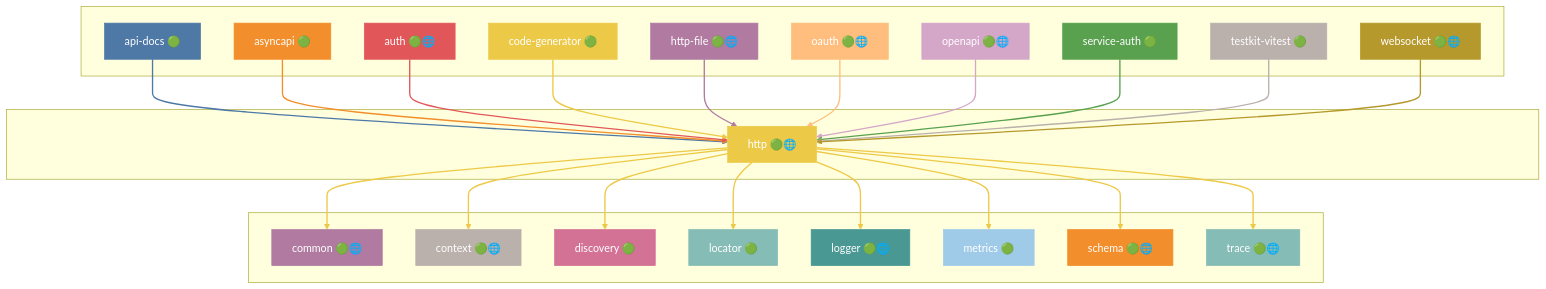
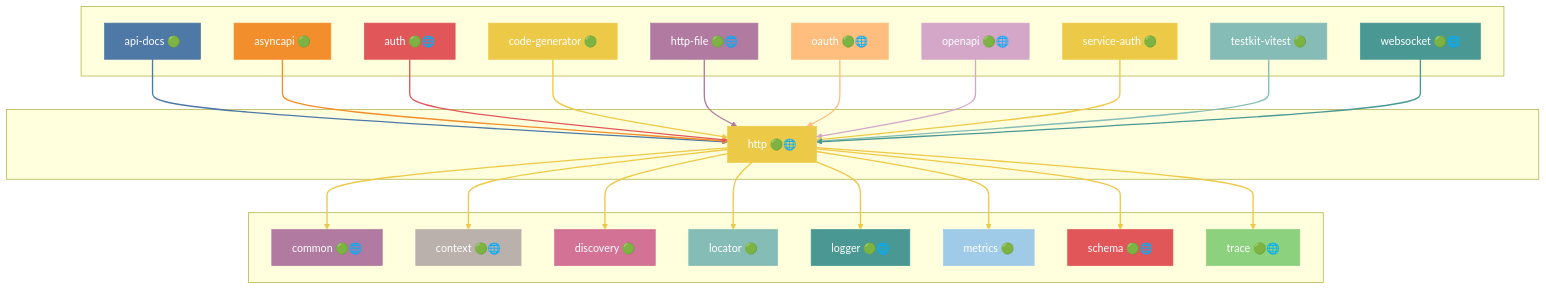
Diagram 25 of 51 in docs/DEPENDENCIES.md (grest-ts/grest-ts), drawn with Mermaid before and after one commit. The commit also changed other lines of this file and 24 other files, not shown here.

```diff
--- a/docs/DEPENDENCIES.md
+++ b/docs/DEPENDENCIES.md
@@ -1377,17 +1379,17 @@
     style http-file fill:#B07AA1,stroke:#B07AA1,color:#fff
     style oauth fill:#FFBE7D,stroke:#FFBE7D,color:#fff
     style openapi fill:#D4A6C8,stroke:#D4A6C8,color:#fff
-    style service-auth fill:#59A14F,stroke:#59A14F,color:#fff
-    style testkit-vitest fill:#BAB0AC,stroke:#BAB0AC,color:#fff
-    style websocket fill:#B6992D,stroke:#B6992D,color:#fff
+    style service-auth fill:#EDC948,stroke:#EDC948,color:#fff
+    style testkit-vitest fill:#86BCB6,stroke:#86BCB6,color:#fff
+    style websocket fill:#499894,stroke:#499894,color:#fff
     style common fill:#B07AA1,stroke:#B07AA1,color:#fff
     style context fill:#BAB0AC,stroke:#BAB0AC,color:#fff
     style discovery fill:#D37295,stroke:#D37295,color:#fff
     style locator fill:#86BCB6,stroke:#86BCB6,color:#fff
     style logger fill:#499894,stroke:#499894,color:#fff
     style metrics fill:#A0CBE8,stroke:#A0CBE8,color:#fff
-    style schema fill:#F28E2B,stroke:#F28E2B,color:#fff
-    style trace fill:#86BCB6,stroke:#86BCB6,color:#fff
+    style schema fill:#E15759,stroke:#E15759,color:#fff
+    style trace fill:#8CD17D,stroke:#8CD17D,color:#fff
     linkStyle 0 stroke:#4E79A7,stroke-width:2px
     linkStyle 1 stroke:#F28E2B,stroke-width:2px
     linkStyle 2 stroke:#E15759,stroke-width:2px
@@ -1395,9 +1397,9 @@
     linkStyle 4 stroke:#B07AA1,stroke-width:2px
     linkStyle 5 stroke:#FFBE7D,stroke-width:2px
     linkStyle 6 stroke:#D4A6C8,stroke-width:2px
-    linkStyle 7 stroke:#59A14F,stroke-width:2px
-    linkStyle 8 stroke:#BAB0AC,stroke-width:2px
-    linkStyle 9 stroke:#B6992D,stroke-width:2px
+    linkStyle 7 stroke:#EDC948,stroke-width:2px
+    linkStyle 8 stroke:#86BCB6,stroke-width:2px
+    linkStyle 9 stroke:#499894,stroke-width:2px
     linkStyle 10 stroke:#EDC948,stroke-width:2px
     linkStyle 11 stroke:#EDC948,stroke-width:2px
     linkStyle 12 stroke:#EDC948,stroke-width:2px
```
